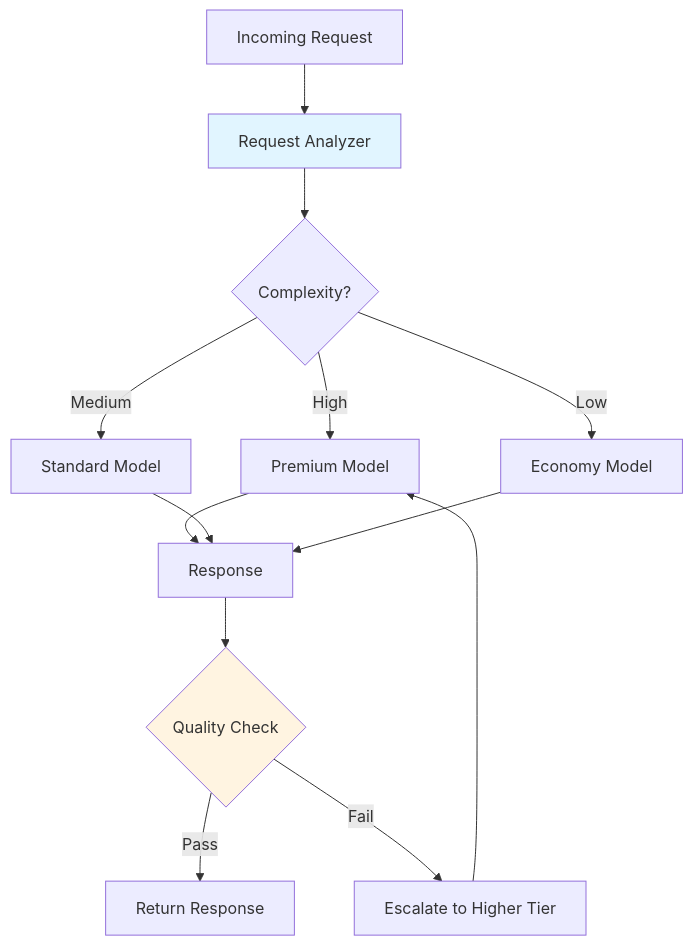
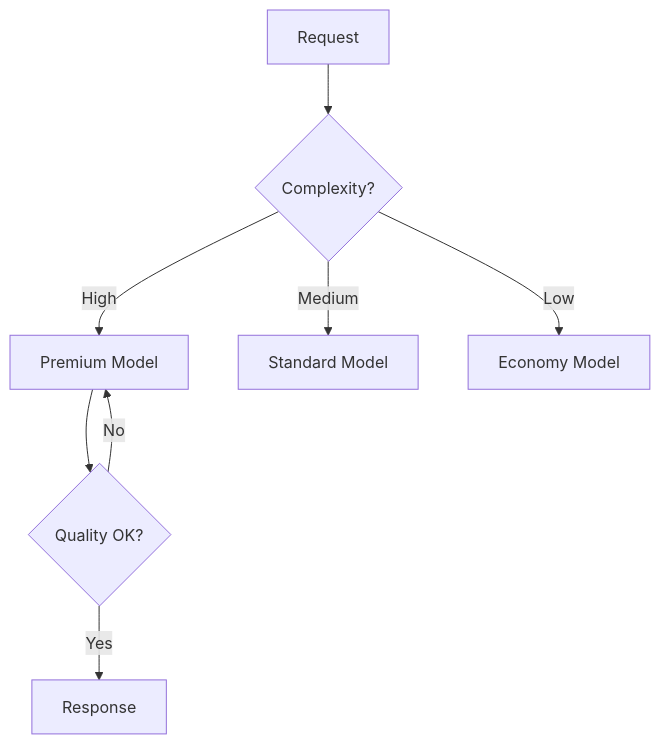
Before and after one commit to LCKYN/LCKYN-KnowledgeBase: the first of 2 diagrams in 30-39 Strategy_Architecture/32_Cost_Management/32.04 Multi-Model Cost Strategy.md, drawn with Mermaid. The commit also changed other lines of this file and 17 other files, not shown here.

````diff
--- a/30-39 Strategy_Architecture/32_Cost_Management/32.04 Multi-Model Cost Strategy.md
+++ b/30-39 Strategy_Architecture/32_Cost_Management/32.04 Multi-Model Cost Strategy.md
@@ -196,21 +34,10 @@
 ```mermaid
-graph TB
-    A[Incoming Request] --> B[Request Analyzer]
-    B --> C{Complexity?}
-
-    C -->|High| D[Premium Model]
-    C -->|Medium| E[Standard Model]
-    C -->|Low| F[Economy Model]
-
-    D --> G[Response]
-    E --> G
-    F --> G
-
-    G --> H{Quality Check}
-    H -->|Pass| I[Return Response]
-    H -->|Fail| J[Escalate to Higher Tier]
-    J --> D
-
-    style B fill:#e1f5ff
-    style H fill:#fff4e1
+graph TD
+    A[Request] --> B{Complexity?}
+    B -->|High| C[Premium Model]
+    B -->|Medium| D[Standard Model]
+    B -->|Low| E[Economy Model]
+    C --> F{Quality OK?}
+    F -->|No| C
+    F -->|Yes| G[Response]
 ```
````
